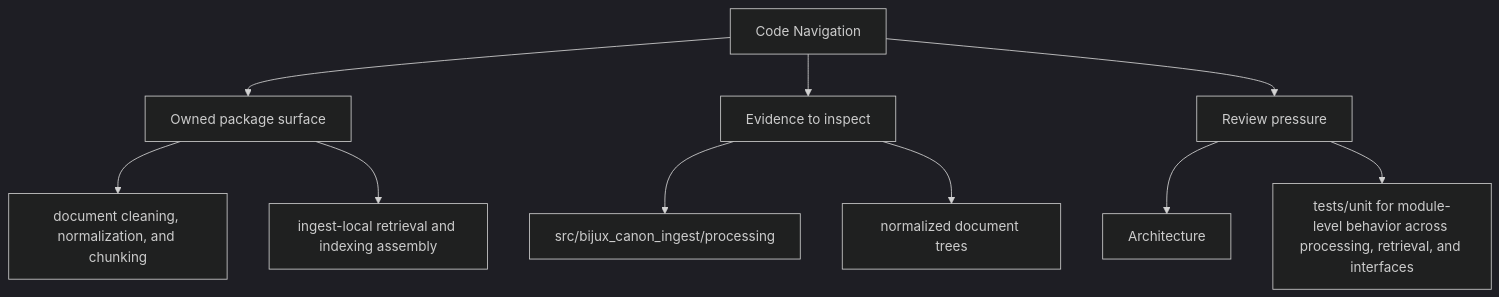
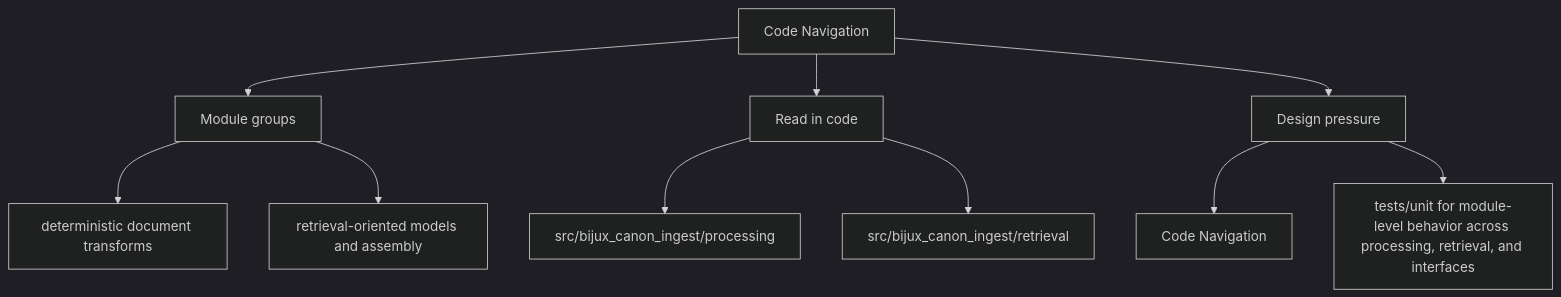
One commit to bijux/bijux-canon changed the second of 2 diagrams in docs/bijux-canon-ingest/architecture/code-navigation.md. Above: the diagram before and after it, drawn with Mermaid (dark theme). The commit also changed other lines of this file and 250 other files, not shown here.

Commit message:
docs(diagrams): make product page maps more readable

````diff
--- a/docs/bijux-canon-ingest/architecture/code-navigation.md
+++ b/docs/bijux-canon-ingest/architecture/code-navigation.md
@@ -33,22 +33,22 @@
 ```mermaid
 flowchart TD
     page["Code Navigation"]
-    focus1["Owned package surface"]
+    focus1["Module groups"]
     page --> focus1
-    focus1_1["document cleaning, normalization, and chunking"]
+    focus1_1["deterministic document transforms"]
     focus1 --> focus1_1
-    focus1_2["ingest-local retrieval and indexing assembly"]
+    focus1_2["retrieval-oriented models and assembly"]
     focus1 --> focus1_2
-    focus2["Evidence to inspect"]
+    focus2["Read in code"]
     page --> focus2
     focus2_1["src/bijux_canon_ingest/processing"]
     focus2 --> focus2_1
-    focus2_2["normalized document trees"]
+    focus2_2["src/bijux_canon_ingest/retrieval"]
     focus2 --> focus2_2
-    focus3["Review pressure"]
+    focus3["Design pressure"]
     page --> focus3
-    focus3_1["Architecture"]
+    focus3_1["Code Navigation"]
     focus3 --> focus3_1
     focus3_2["tests/unit for module-level behavior across processing, retrieval, and interfaces"]
     focus3 --> focus3_2
 ```
````
